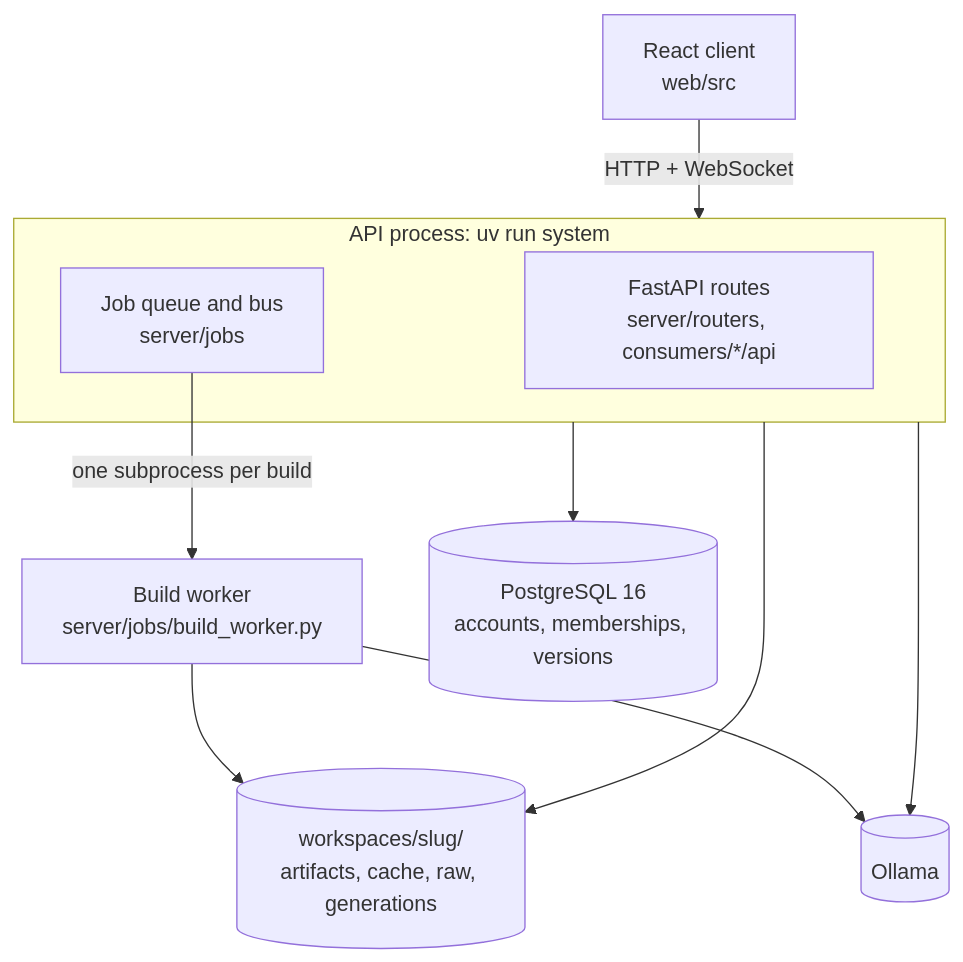
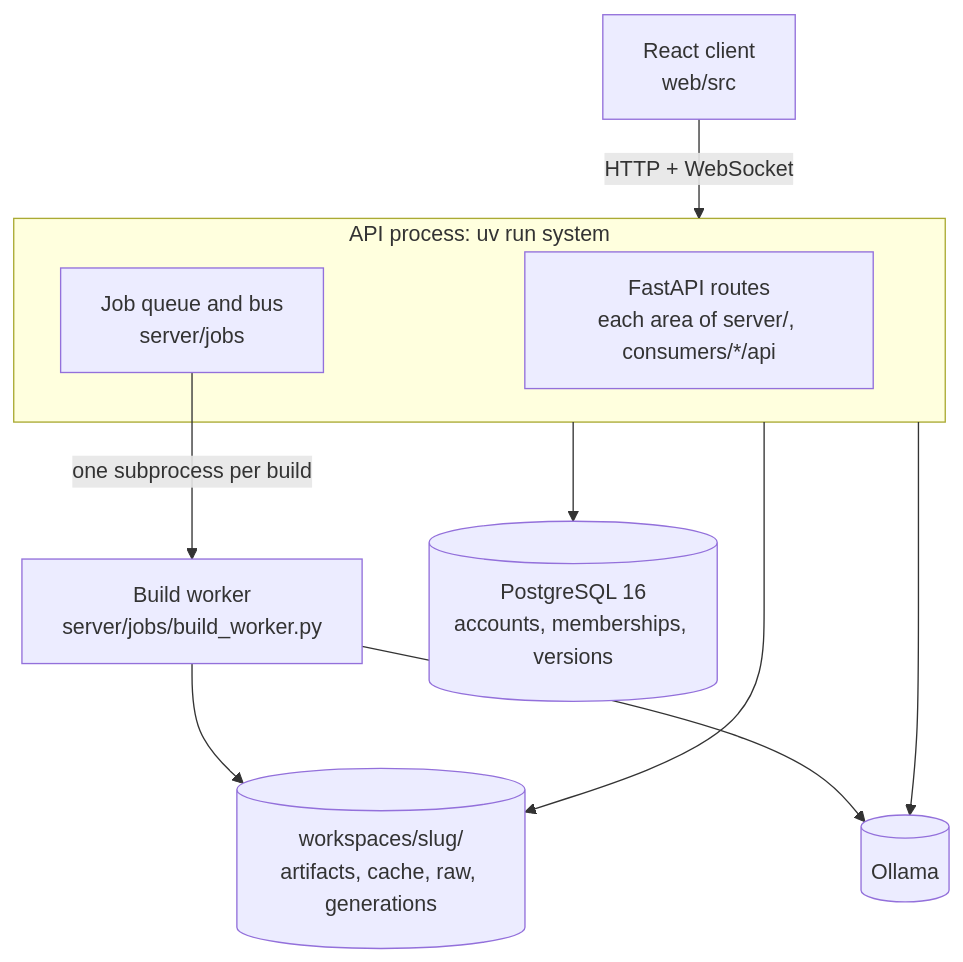
Before and after one commit to DarkS34/variatio: the second of 2 diagrams in ARCHITECTURE.md, drawn with Mermaid. The commit also changed other lines of this file and 43 other files, not shown here.

````diff
--- a/ARCHITECTURE.md
+++ b/ARCHITECTURE.md
@@ -75,14 +75,14 @@
 ```mermaid
 flowchart TB
   browser[React client<br/>web/src] -->|HTTP + WebSocket| api
   subgraph api[API process: uv run system]
-    routes[FastAPI routes<br/>server/routers, consumers/*/api]
+    routes[FastAPI routes<br/>each area of server/, consumers/*/api]
     queue[Job queue and bus<br/>server/jobs]
   end
   queue -->|one subprocess per build| worker[Build worker<br/>server/jobs/build_worker.py]
   api --> pg[(PostgreSQL 16<br/>accounts, memberships, versions)]
   api --> files[(workspaces/slug/<br/>artifacts, cache, raw, generations)]
   worker --> files
   api --> ollama[(Ollama)]
   worker --> ollama
 ```
````
